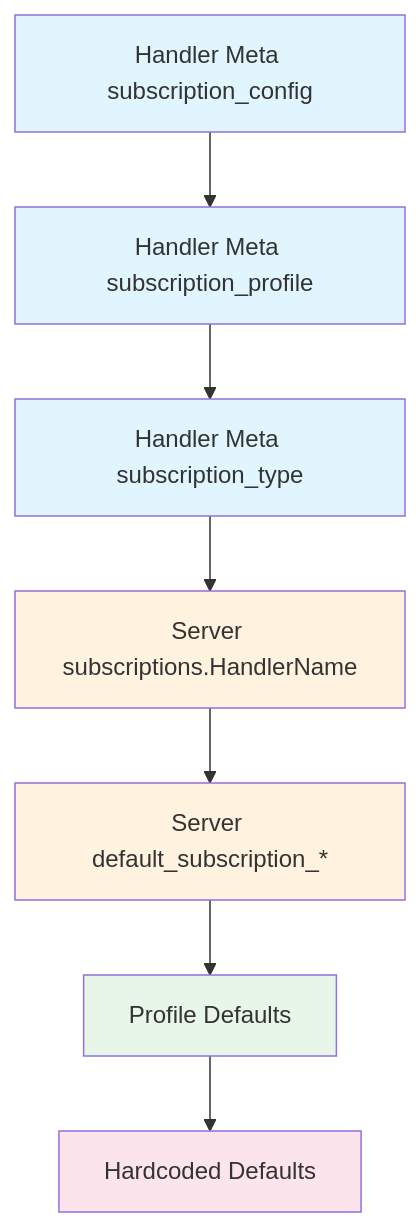
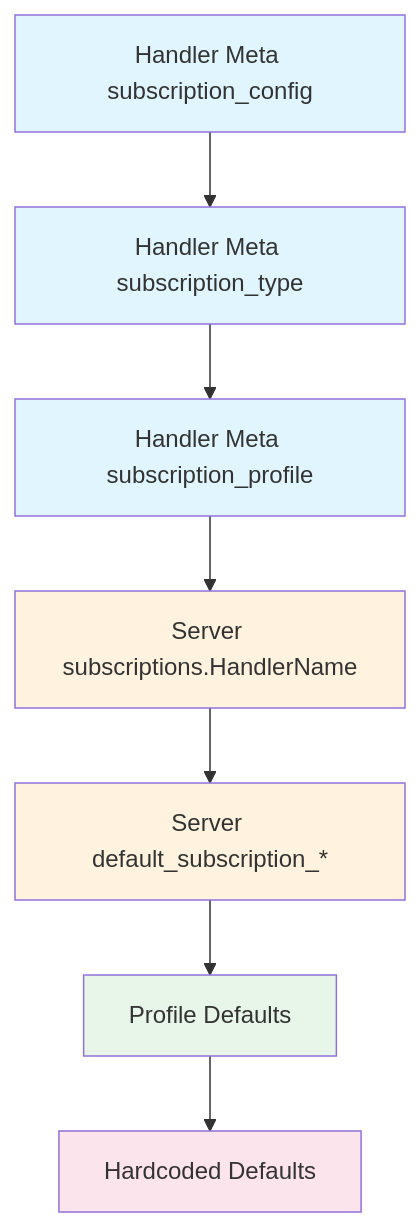
One commit to proteanhq/protean changed the diagram in docs/reference/server/configuration.md. Above: the diagram before and after it, drawn with Mermaid. The commit also changed other lines of this file and 17 other files, not shown here.

First line of the commit message:
Test the config values where Protean reads them, and fix the subscription priority and defaults docs

````diff
--- a/docs/reference/server/configuration.md
+++ b/docs/reference/server/configuration.md
@@ -20,17 +20,17 @@
 ```mermaid
 flowchart TD
-    A[Handler Meta subscription_config] --> B[Handler Meta subscription_profile]
-    B --> C[Handler Meta subscription_type]
+    A[Handler Meta subscription_config] --> B[Handler Meta subscription_type]
+    B --> C[Handler Meta subscription_profile]
     C --> D[Server subscriptions.HandlerName]
     D --> E[Server default_subscription_*]
     E --> F[Profile Defaults]
     F --> G[Hardcoded Defaults]
 
     style A fill:#e1f5fe
     style B fill:#e1f5fe
     style C fill:#e1f5fe
     style D fill:#fff3e0
     style E fill:#fff3e0
     style F fill:#e8f5e9
     style G fill:#fce4ec
 ```
````
